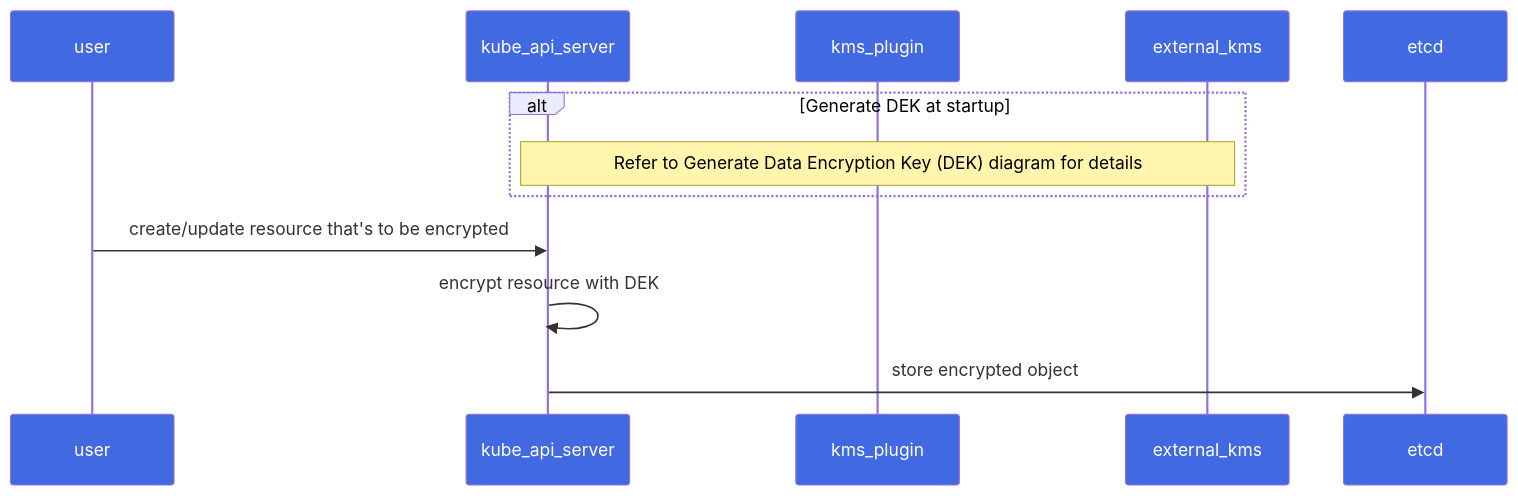
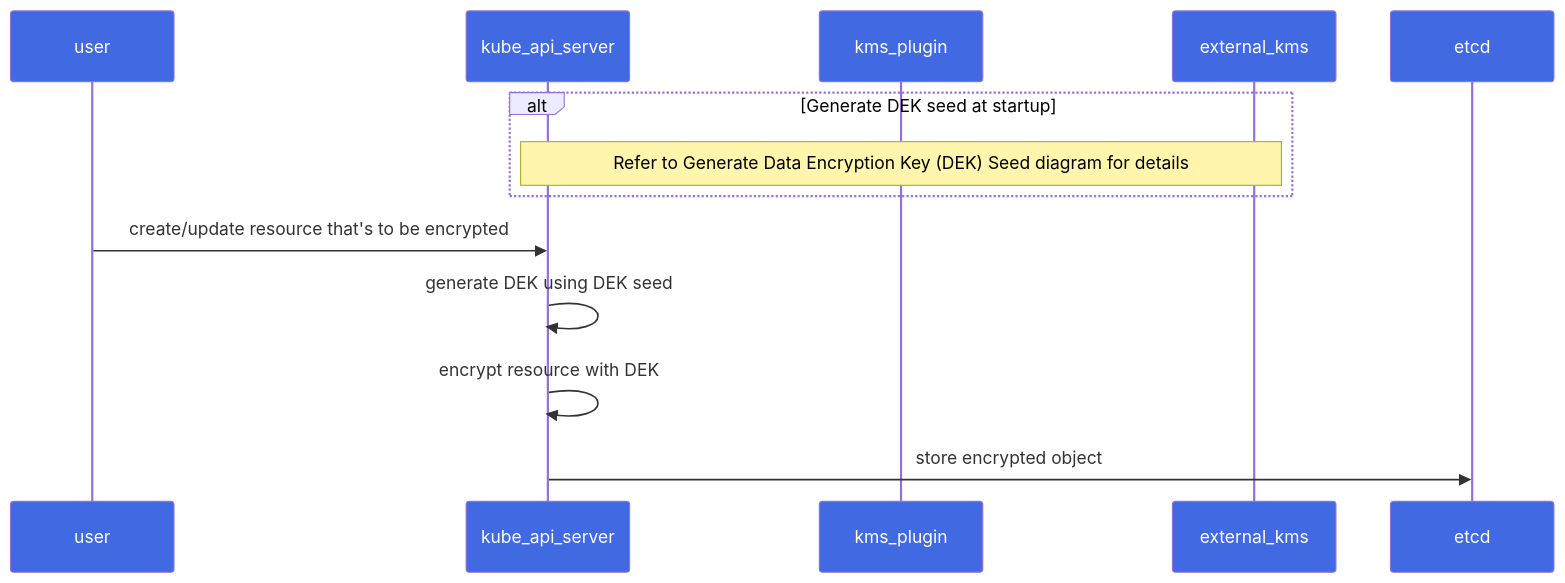
Before and after one commit to kubernetes/enhancements: the first of 6 diagrams in keps/sig-auth/3299-kms-v2-improvements/README.md, drawn with Mermaid. The commit also changed other lines of this file, not shown here.

````diff
--- a/keps/sig-auth/3299-kms-v2-improvements/README.md
+++ b/keps/sig-auth/3299-kms-v2-improvements/README.md
@@ -252,19 +281,20 @@
 ```mermaid
 %%{init:{"sequence": {"mirrorActors":true},
     "themeVariables": {
         "actorBkg":"royalblue",
         "actorTextColor":"white"
 }}}%%
 
 sequenceDiagram
     participant user
     participant kube_api_server
     participant kms_plugin
     participant external_kms
-    alt Generate DEK at startup
-        Note over kube_api_server,external_kms: Refer to Generate Data Encryption Key (DEK) diagram for details
+    alt Generate DEK seed at startup
+        Note over kube_api_server,external_kms: Refer to Generate Data Encryption Key (DEK) Seed diagram for details
     end
     user->>kube_api_server: create/update resource that's to be encrypted
+    kube_api_server->>kube_api_server: generate DEK using DEK seed
     kube_api_server->>kube_api_server: encrypt resource with DEK
     kube_api_server->>etcd: store encrypted object
 ```
````
